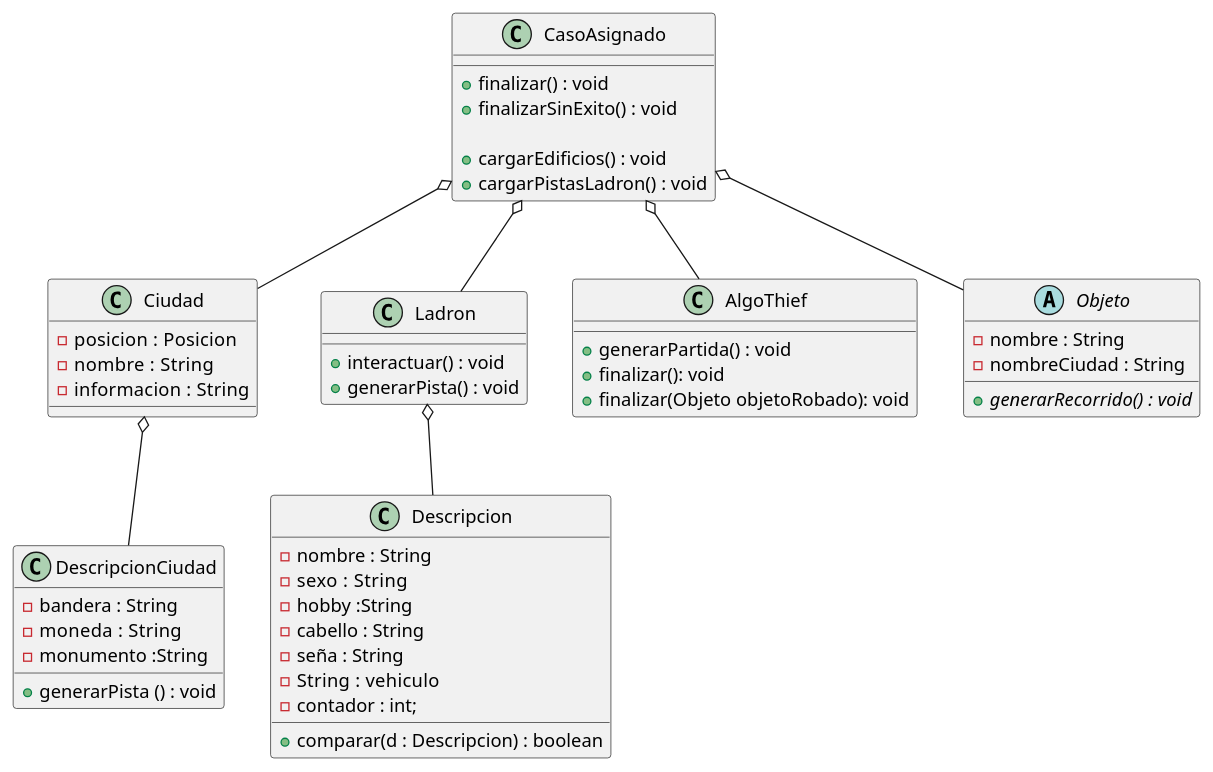
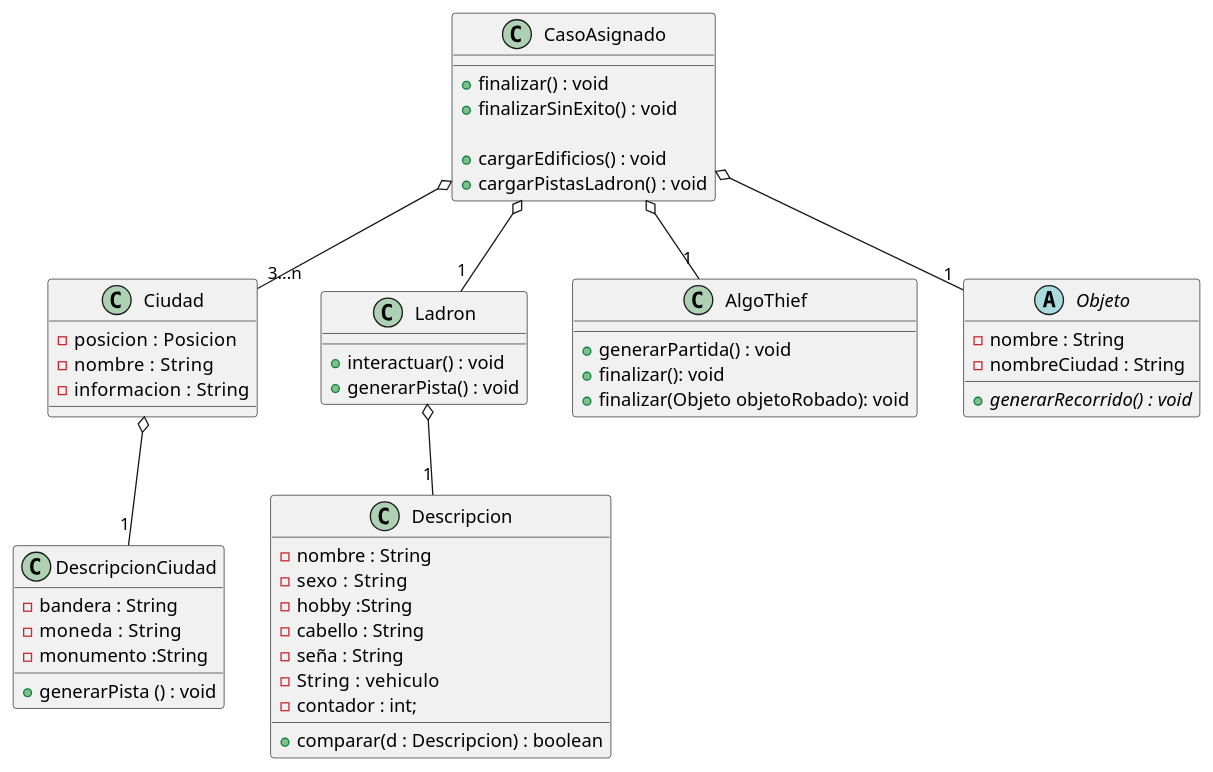
Before and after one commit to martinanus/algo3_tp2: the diagram in diagrams/classes/diagrama_clases_casoAsignado.puml, drawn with PlantUML.

Commit message:
multiplicidad dg casoAs

```diff
--- a/diagrams/classes/diagrama_clases_casoAsignado.puml
+++ b/diagrams/classes/diagrama_clases_casoAsignado.puml
@@ -1,65 +1,65 @@
 @startuml
 
 class CasoAsignado {
     + finalizar() : void
     + finalizarSinExito() : void
 
     + cargarEdificios() : void
     + cargarPistasLadron() : void
 }
 
 class AlgoThief {
  + generarPartida() : void
  + finalizar(): void
  + finalizar(Objeto objetoRobado): void
 }
 
 abstract class Objeto {
     -  nombre : String
     -  nombreCiudad : String
     + {abstract} generarRecorrido() : void
 
 }
 
 class Ladron {
     + interactuar() : void
     + generarPista() : void
 
 }
 
 class Ciudad{
     - posicion :  Posicion
     - nombre :  String
     - informacion :  String
 
 
 }
 
 class DescripcionCiudad{
             - bandera : String
         - moneda  : String
         - monumento :String
         + generarPista () : void
 }
 
 class Descripcion{
     - nombre : String
     - sexo  : String
     - hobby :String
     -  cabello : String
     - seña : String
     - String  : vehiculo
     -  contador : int;
     + comparar(d : Descripcion) : boolean
 
 
 }
 
-AlgoThief --upo CasoAsignado
-Objeto --upo CasoAsignado
-Ciudad --upo CasoAsignado
-Ladron --upo CasoAsignado
-Descripcion --upo Ladron
-DescripcionCiudad --upo Ciudad
+AlgoThief "1" --upo  CasoAsignado
+Objeto "1" --upo CasoAsignado
+Ciudad "3...n" --upo CasoAsignado
+Ladron "1"--upo CasoAsignado
+Descripcion "1" --upo Ladron
+DescripcionCiudad "1" --upo Ciudad
 
 @enduml
```
